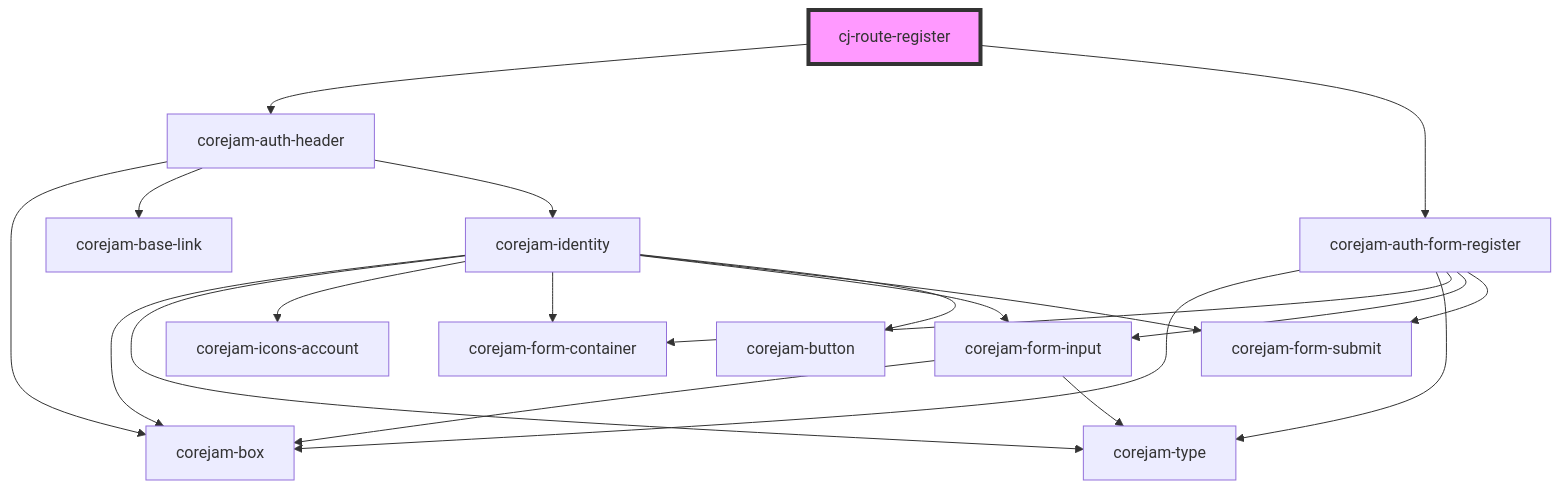
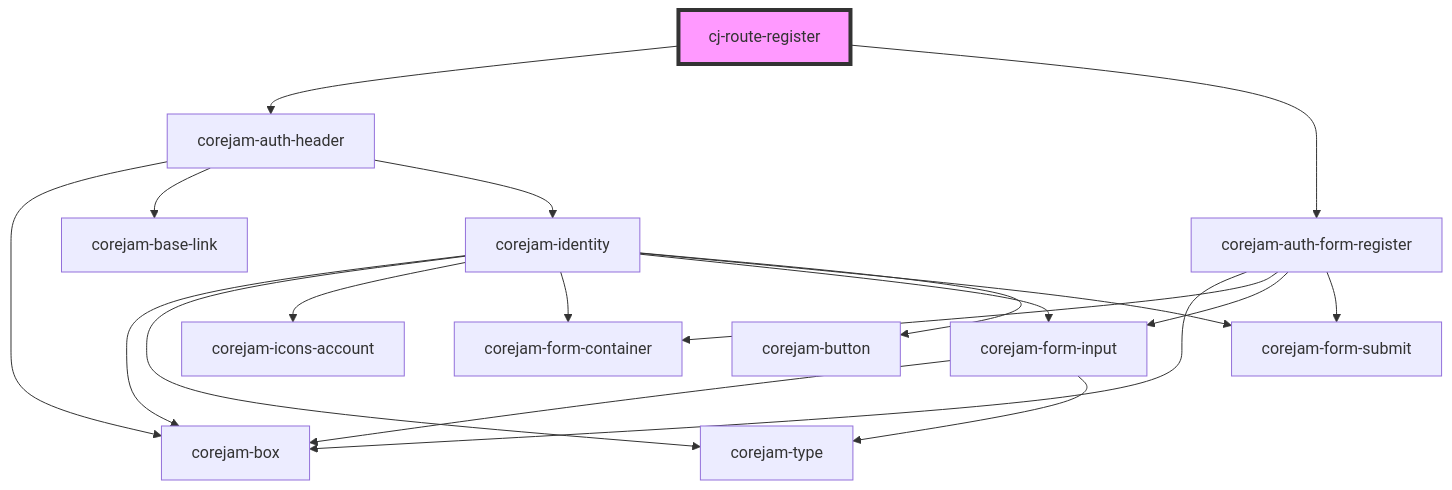
One commit to corejam/corejam changed the diagram in packages/plugins/auth/app/routes/readme.md. Above: the diagram before and after it, drawn with Mermaid. The commit also changed 18 other files, not shown here.

````diff
--- a/packages/plugins/auth/app/routes/readme.md
+++ b/packages/plugins/auth/app/routes/readme.md
@@ -14,23 +14,22 @@
 ```mermaid
 graph TD;
   cj-route-register --> corejam-auth-header
   cj-route-register --> corejam-auth-form-register
   corejam-auth-header --> corejam-box
   corejam-auth-header --> corejam-base-link
   corejam-auth-header --> corejam-identity
   corejam-identity --> corejam-box
   corejam-identity --> corejam-type
   corejam-identity --> corejam-icons-account
   corejam-identity --> corejam-form-container
   corejam-identity --> corejam-form-input
   corejam-identity --> corejam-form-submit
   corejam-identity --> corejam-button
   corejam-form-input --> corejam-box
   corejam-form-input --> corejam-type
   corejam-auth-form-register --> corejam-box
-  corejam-auth-form-register --> corejam-type
   corejam-auth-form-register --> corejam-form-container
   corejam-auth-form-register --> corejam-form-input
   corejam-auth-form-register --> corejam-form-submit
   style cj-route-register fill:#f9f,stroke:#333,stroke-width:4px
 ```
````
